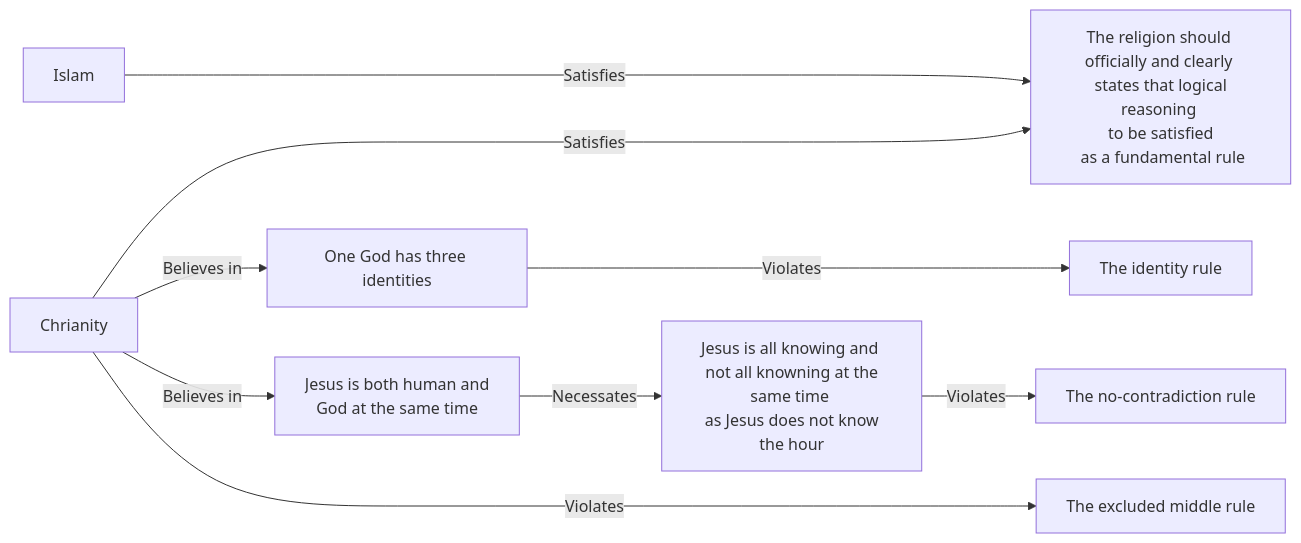
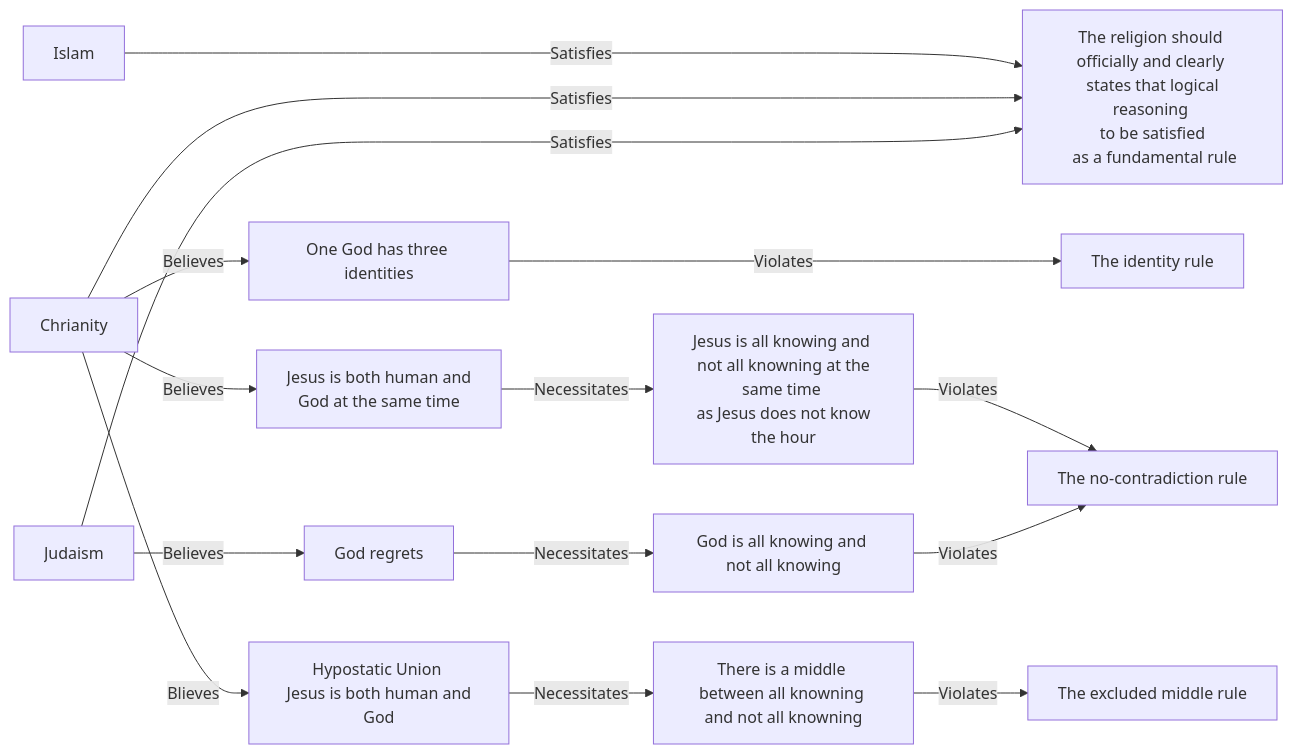
The diagram in README.md (amersabag/all-religions-in-10-minutes-logical-version), drawn with Mermaid before and after one commit.

````diff
--- a/README.md
+++ b/README.md
@@ -5,16 +5,28 @@
 ```mermaid
 flowchart LR
+    OFR[The religion should officially and clearly <br> states that logical reasoning <br> to be satisfied <br> as a fundamental rule]
+    IDR[The identity rule]
+    NCR[The no-contradiction rule]
+    EMR[The excluded middle rule]
     ISL[Islam]
-        -- Satisfies ----> OFR[The religion should officially and clearly <br> states that logical reasoning <br> to be satisfied <br> as a fundamental rule]
+        -- Satisfies ----> OFR
     CHR[Chrianity]
         -- Satisfies ----> OFR
     CHR
-        -- Believes in --> CHR1[One God has three identities]
-        -- Violates ---> IDR[The identity rule]
+        -- Believes --> CHR1[One God has three identities]
+        -- Violates ---> IDR
     CHR
-        -- Believes in --> CHR2[Jesus is both human and <br> God at the same time]
-        -- Necessates --> CHR3[Jesus is all knowing and <br> not all knowning at the same time <br> as Jesus does not know the hour]
-        -- Violates --> NCR[The no-contradiction rule]
+        -- Believes --> CHR2[Jesus is both human and <br> God at the same time]
+        -- Necessitates --> CHR3[Jesus is all knowing and <br> not all knowning at the same time <br> as Jesus does not know the hour]
+        -- Violates --> NCR
     CHR
-        -- Violates ----> EMR[The excluded middle rule]
+        -- Blieves --> CHR4[Hypostatic Union <br> Jesus is both human and God]
+        -- Necessitates --> CHR5[There is a middle between all knowning and not all knowning]
+        -- Violates --> EMR
+    JEW[Judaism]
+        -- Satisfies --> OFR
+    JEW
+        -- Believes --> JEW1[God regrets]
+        -- Necessitates --> JEW2[God is all knowing and not all knowing]
+        -- Violates --> NCR
 ```
````
